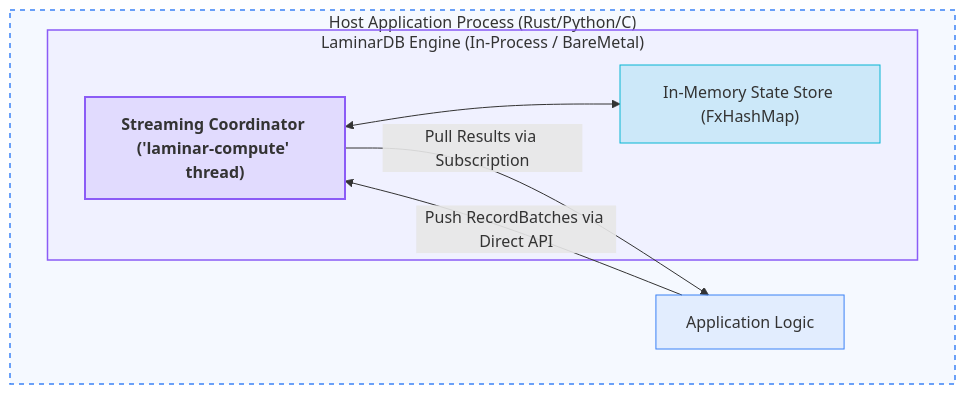
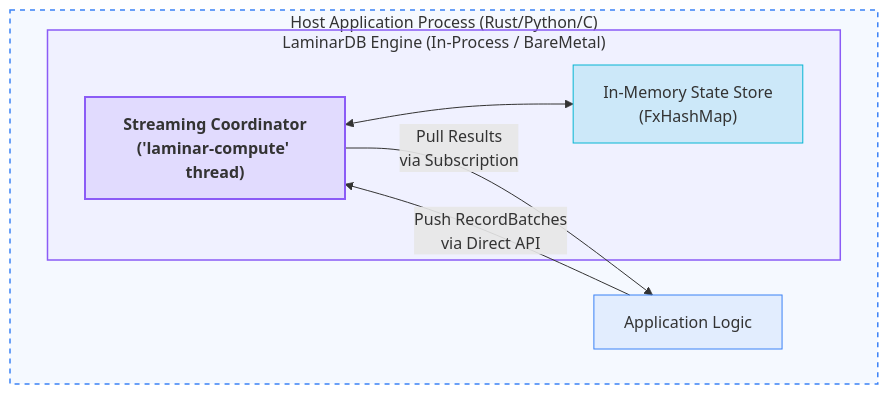
The first of 5 diagrams in README.md (laminardb/laminardb), drawn with Mermaid before and after one commit. The commit also changed other lines of this file, not shown here.

Commit message:
docs: wrap long Mermaid node and link labels with br tags

````diff
--- a/README.md
+++ b/README.md
@@ -458,21 +458,21 @@
 ```mermaid
 graph TD
     classDef hostClass fill:#3b82f6,fill-opacity:0.1,stroke:#3b82f6,stroke-width:1px;
     classDef appClass fill:#3b82f6,fill-opacity:0.1,stroke:#3b82f6,stroke-width:1px;
     classDef coordClass fill:#8b5cf6,fill-opacity:0.15,stroke:#8b5cf6,stroke-width:2px,font-weight:bold;
     classDef stateClass fill:#06b6d4,fill-opacity:0.15,stroke:#06b6d4,stroke-width:1px;
 
     subgraph HostApp["Host Application Process (Rust/Python/C)"]
         App["Application Logic"]:::appClass
         subgraph Engine["LaminarDB Engine (In-Process / BareMetal)"]
-            Coord["Streaming Coordinator ('laminar-compute' thread)"]:::coordClass
-            InMemState["In-Memory State Store (FxHashMap)"]:::stateClass
+            Coord["Streaming Coordinator<br/>('laminar-compute' thread)"]:::coordClass
+            InMemState["In-Memory State Store<br/>(FxHashMap)"]:::stateClass
             Coord <--> InMemState
         end
-        App -->|"Push RecordBatches via Direct API"| Coord
-        Coord -->|"Pull Results via Subscription"| App
+        App -->|"Push RecordBatches<br/>via Direct API"| Coord
+        Coord -->|"Pull Results<br/>via Subscription"| App
     end
 
     style HostApp fill:#3b82f6,fill-opacity:0.05,stroke:#3b82f6,stroke-width:1.5px,stroke-dasharray: 5 5
     style Engine fill:#8b5cf6,fill-opacity:0.05,stroke:#8b5cf6,stroke-width:1.5px
 ```
````
